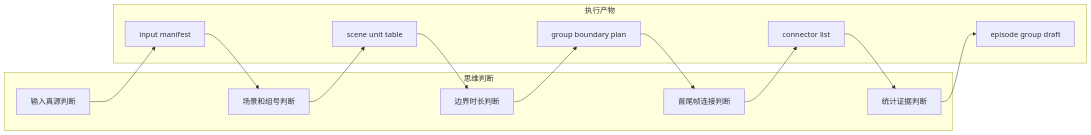
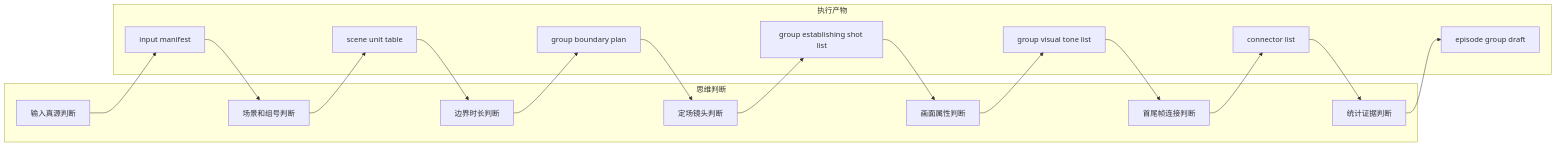
The second of 3 diagrams in .agents/skills/aigc/6-分组/steps/grouping-workflow.md (ZEN-VOID/AI-CUT), drawn with Mermaid before and after one commit. The commit also changed other lines of this file and 86 other files, not shown here.

````diff
--- a/.agents/skills/aigc/6-分组/steps/grouping-workflow.md
+++ b/.agents/skills/aigc/6-分组/steps/grouping-workflow.md
@@ -36,18 +38,22 @@
 ```mermaid
 flowchart LR
     subgraph THINK["思维判断"]
         T1["输入真源判断"]
         T2["场景和组号判断"]
         T4["边界时长判断"]
-        T5["首尾帧连接判断"]
-        T6["统计证据判断"]
+        T5["定场镜头判断"]
+        T5V["画面属性判断"]
+        T6["首尾帧连接判断"]
+        T7["统计证据判断"]
     end
     subgraph EXEC["执行产物"]
         E1["input manifest"]
         E2["scene unit table"]
         E4["group boundary plan"]
-        E5["connector list"]
-        E6["episode group draft"]
+        E5["group establishing shot list"]
+        E5V["group visual tone list"]
+        E6["connector list"]
+        E7["episode group draft"]
     end
-    T1 --> E1 --> T2 --> E2 --> T4 --> E4 --> T5 --> E5 --> T6 --> E6
+    T1 --> E1 --> T2 --> E2 --> T4 --> E4 --> T5 --> E5 --> T5V --> E5V --> T6 --> E6 --> T7 --> E7
 ```
````
